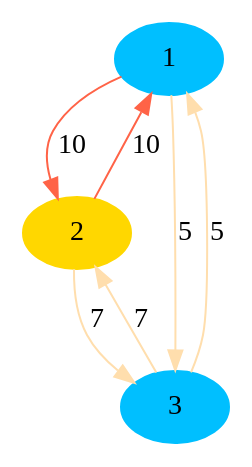
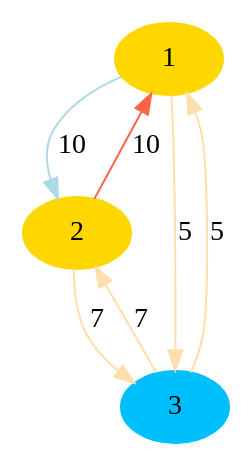
One commit to CarlosMatheus/Distributed-Minimum-Spanning-Tree changed the diagram in run/output/graph056.gv. Above: the diagram before and after it, drawn with Graphviz. The commit also changed 100 other files, not shown here.

```diff
--- a/run/output/graph056.gv
+++ b/run/output/graph056.gv
@@ -1,11 +1,11 @@
 digraph "output/graph056" {
-	1 [color=deepskyblue1 style=filled]
+	1 [color=gold1 style=filled]
 	2 [color=gold1 style=filled]
 	3 [color=deepskyblue1 style=filled]
-	1 -> 2 [label=10 color=tomato]
+	1 -> 2 [label=10 color=lightblue]
 	2 -> 1 [label=10 color=tomato]
 	2 -> 3 [label=7 color=navajowhite]
 	3 -> 2 [label=7 color=navajowhite]
 	1 -> 3 [label=5 color=navajowhite]
 	3 -> 1 [label=5 color=navajowhite]
 }
```
